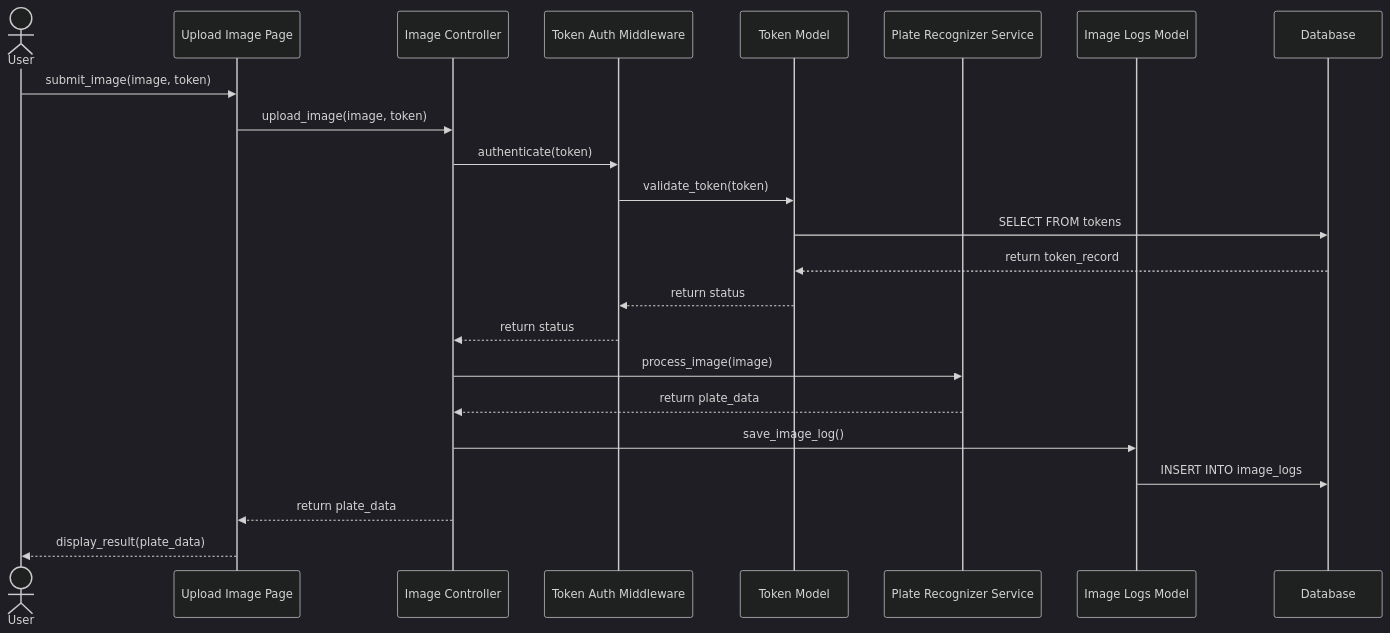
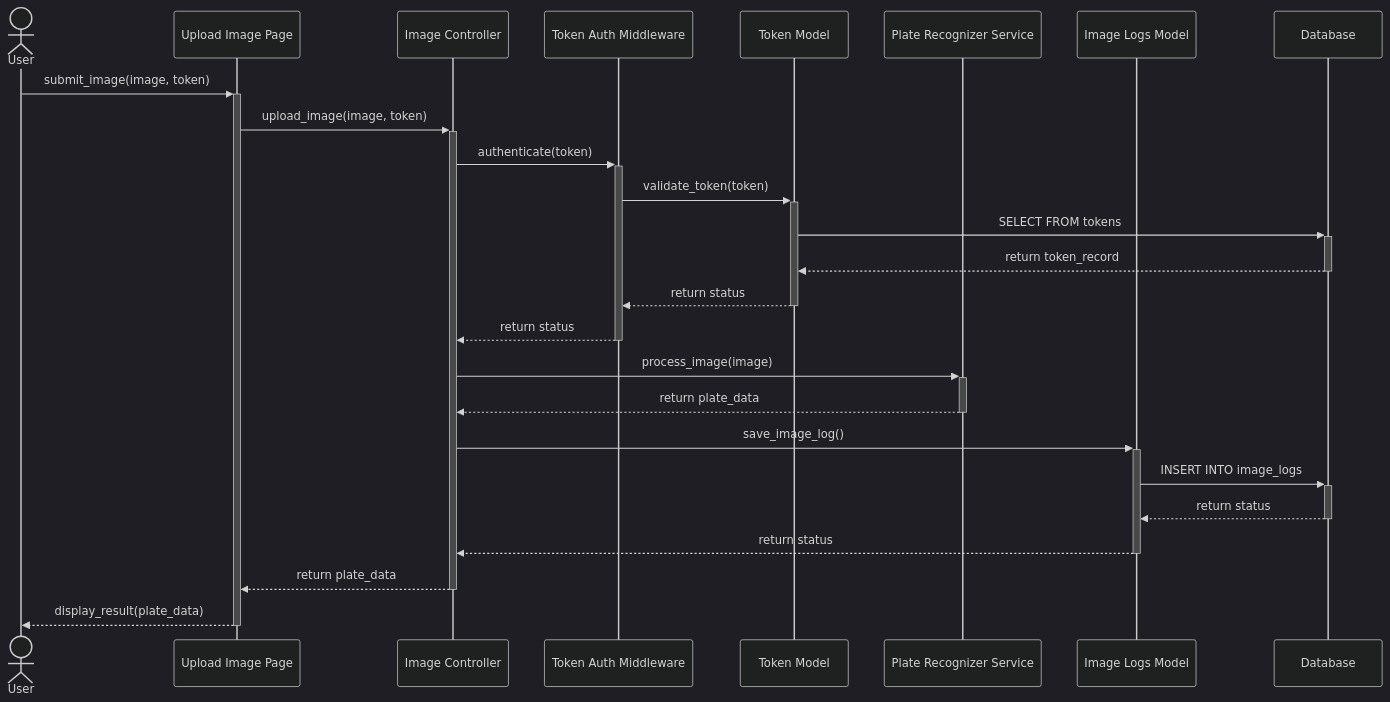
Before and after one commit to Tanaphat-Ken/ALPR-V2: the eighth of 20 diagrams in SYSTEM_DIAGRAMS.md, drawn with Mermaid (dark theme). The commit also changed other lines of this file, not shown here.

First line of the commit message:
fix: resolve Mermaid activation bar errors across sequence diagrams

````diff
--- a/SYSTEM_DIAGRAMS.md
+++ b/SYSTEM_DIAGRAMS.md
@@ -320,26 +329,28 @@
 ```mermaid
 sequenceDiagram
     actor User
     participant UploadPage as Upload Image Page
     participant ImageController as Image Controller
     participant TAM as Token Auth Middleware
     participant TokenModel as Token Model
     participant PR as Plate Recognizer Service
     participant ImageLogsModel as Image Logs Model
     participant DB as Database
 
-    User->>UploadPage: submit_image(image, token)
-    UploadPage->>ImageController: upload_image(image, token)
-    ImageController->>TAM: authenticate(token)
-    TAM->>TokenModel: validate_token(token)
-    TokenModel->>DB: SELECT FROM tokens
-    DB-->>TokenModel: return token_record
-    TokenModel-->>TAM: return status
-    TAM-->>ImageController: return status
-    ImageController->>PR: process_image(image)
-    PR-->>ImageController: return plate_data
-    ImageController->>ImageLogsModel: save_image_log()
-    ImageLogsModel->>DB: INSERT INTO image_logs
-    ImageController-->>UploadPage: return plate_data
-    UploadPage-->>User: display_result(plate_data)
+    User->>+UploadPage: submit_image(image, token)
+    UploadPage->>+ImageController: upload_image(image, token)
+    ImageController->>+TAM: authenticate(token)
+    TAM->>+TokenModel: validate_token(token)
+    TokenModel->>+DB: SELECT FROM tokens
+    DB-->>-TokenModel: return token_record
+    TokenModel-->>-TAM: return status
+    TAM-->>-ImageController: return status
+    ImageController->>+PR: process_image(image)
+    PR-->>-ImageController: return plate_data
+    ImageController->>+ImageLogsModel: save_image_log()
+    ImageLogsModel->>+DB: INSERT INTO image_logs
+    DB-->>-ImageLogsModel: return status
+    ImageLogsModel-->>-ImageController: return status
+    ImageController-->>-UploadPage: return plate_data
+    UploadPage-->>-User: display_result(plate_data)
 ```
````
